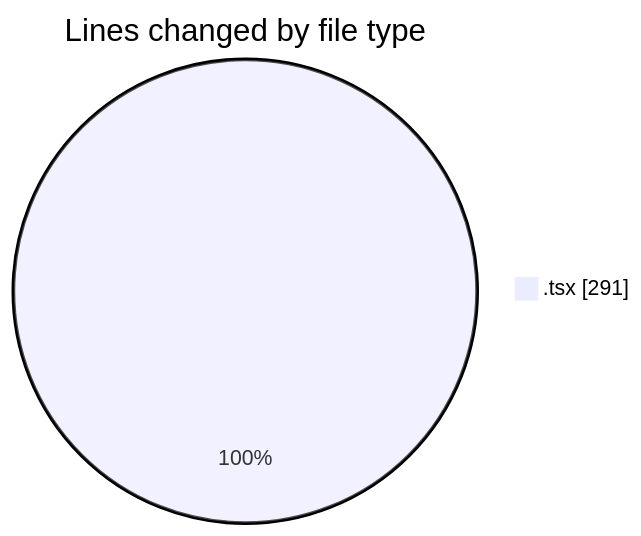
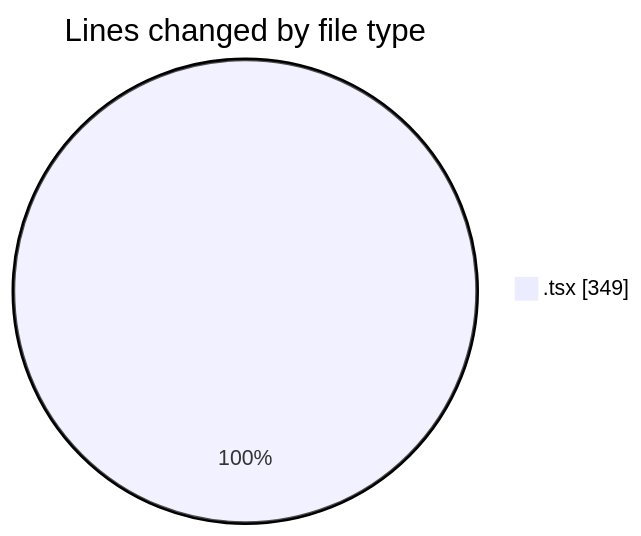
One commit to momahboobian/code-tracking changed the first of 2 diagrams in 2025-07-08/cda/README.md. Above: the diagram before and after it, drawn with Mermaid. The commit also changed other lines of this file and 1 other file, not shown here.

````diff
--- a/2025-07-08/cda/README.md
+++ b/2025-07-08/cda/README.md
@@ -23,5 +23,5 @@
 ```mermaid
 pie showData
 title Lines changed by file type
-".tsx" : 291
+".tsx" : 349
 ```
````
